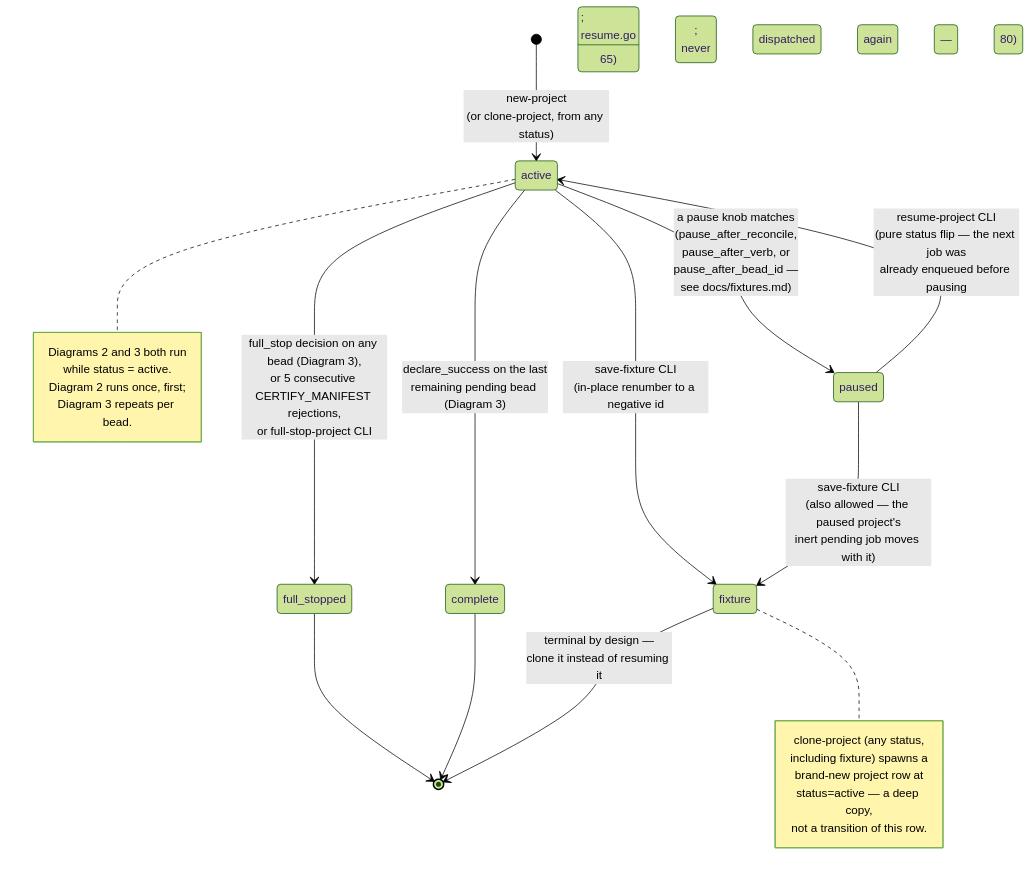
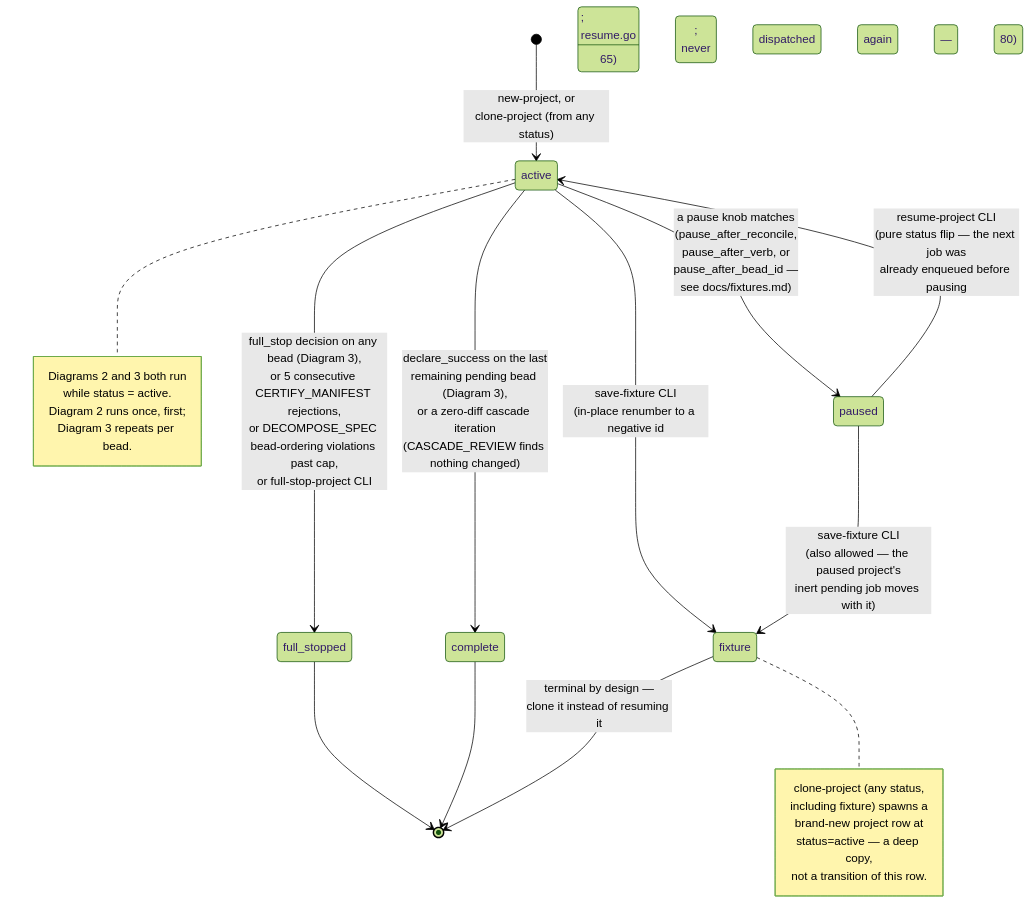
One commit to lehmann314159/ratchet changed the first of 4 diagrams in docs/ratchet_state_machine.md. Above: the diagram before and after it, drawn with Mermaid (forest theme). The commit also changed other lines of this file, not shown here.

````diff
--- a/docs/ratchet_state_machine.md
+++ b/docs/ratchet_state_machine.md
@@ -18,28 +30,28 @@
 ```mermaid
 stateDiagram-v2
-    [*] --> active : new-project<br/>(or clone-project, from any status)
+    [*] --> active : new-project, or<br/>clone-project (from any status)
     active --> paused : a pause knob matches<br/>(pause_after_reconcile,<br/>pause_after_verb, or<br/>pause_after_bead_id —<br/>see docs/fixtures.md)
     paused --> active : resume-project CLI<br/>(pure status flip — the next job was<br/>already enqueued before pausing;<br/>resume.go:65)
-    active --> full_stopped : full_stop decision on any bead (Diagram 3),<br/>or 5 consecutive CERTIFY_MANIFEST rejections,<br/>or full-stop-project CLI
-    active --> complete : declare_success on the last<br/>remaining pending bead (Diagram 3)
+    active --> full_stopped : full_stop decision on any bead (Diagram 3),<br/>or 5 consecutive CERTIFY_MANIFEST rejections,<br/>or DECOMPOSE_SPEC bead-ordering violations past cap,<br/>or full-stop-project CLI
+    active --> complete : declare_success on the last<br/>remaining pending bead (Diagram 3),<br/>or a zero-diff cascade iteration<br/>(CASCADE_REVIEW finds nothing changed)
     active --> fixture : save-fixture CLI<br/>(in-place renumber to a negative id;<br/>never dispatched again — fixture.go:80)
     paused --> fixture : save-fixture CLI<br/>(also allowed — the paused project's<br/>inert pending job moves with it)
     full_stopped --> [*]
     complete --> [*]
     fixture --> [*] : terminal by design —<br/>clone it instead of resuming it
 
     note right of active
       Diagrams 2 and 3 both run
       while status = active.
       Diagram 2 runs once, first;
       Diagram 3 repeats per bead.
     end note
 
     note right of fixture
       clone-project (any status,
       including fixture) spawns a
       brand-new project row at
       status=active — a deep copy,
       not a transition of this row.
     end note
 ```
````
